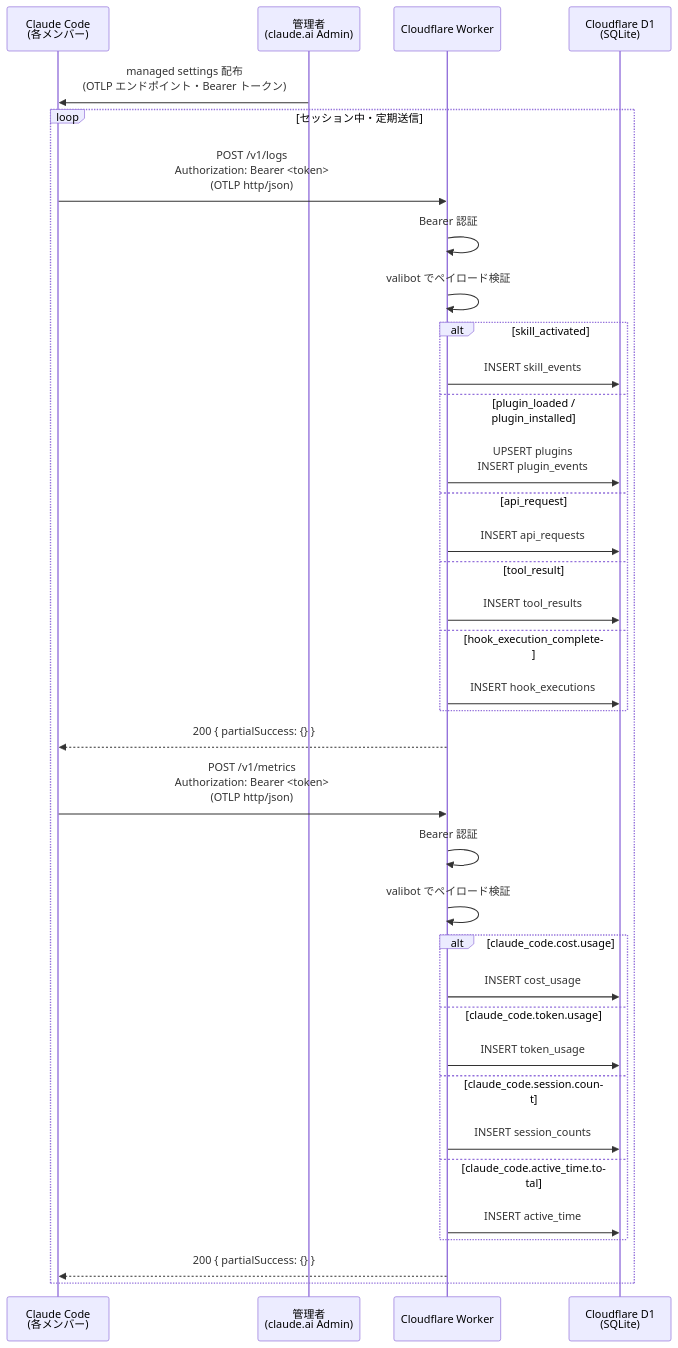
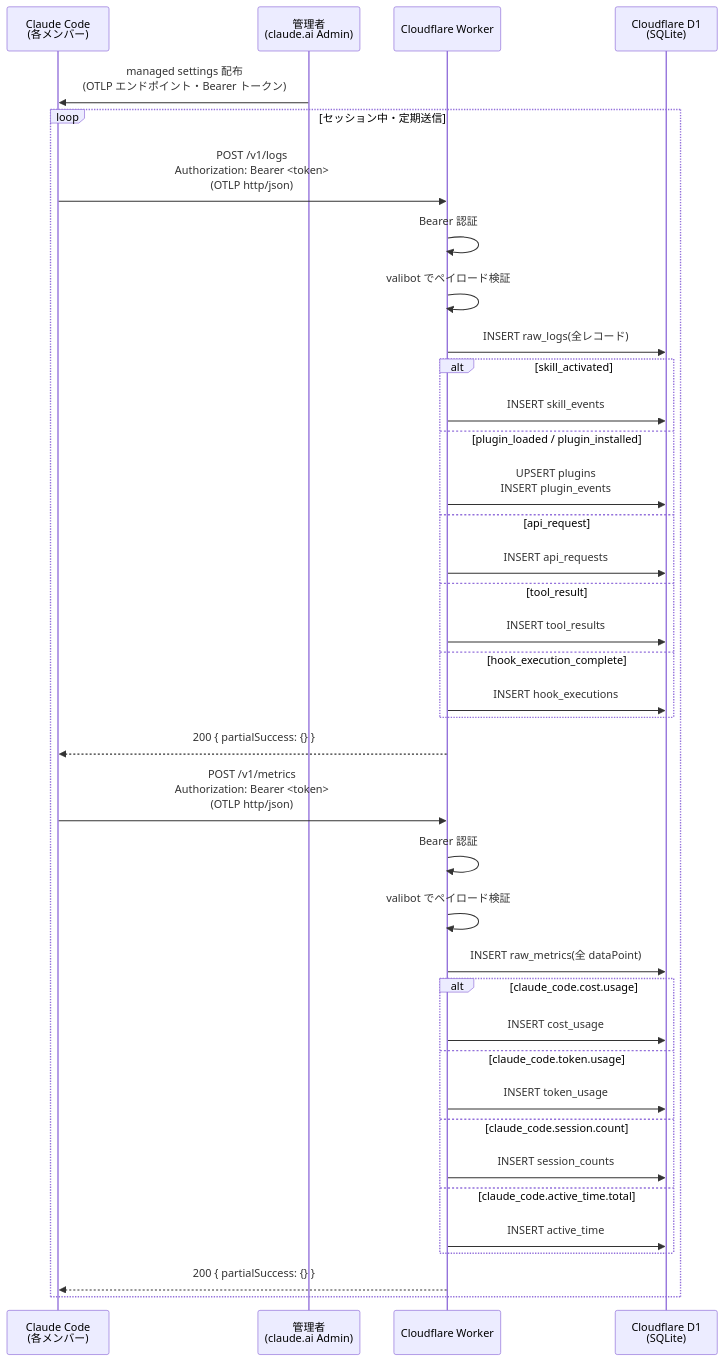
One commit to Suntory-N-Water/cc-monitor-worker changed the first of 2 diagrams in README.md. Above: the diagram before and after it, drawn with Mermaid. The commit also changed other lines of this file and 10 other files, not shown here.

First line of the commit message:
feat: 全テレメトリを raw_logs/raw_metrics に保持し既存テーブルの raw カラムを廃止

````diff
--- a/README.md
+++ b/README.md
@@ -31,41 +33,43 @@
 ```mermaid
 sequenceDiagram
     participant CC as Claude Code<br/>(各メンバー)
     participant Admin as 管理者<br/>(claude.ai Admin)
     participant W as Cloudflare Worker
     participant D1 as Cloudflare D1<br/>(SQLite)
 
     Admin->>CC: managed settings 配布<br/>(OTLP エンドポイント・Bearer トークン)
 
     loop セッション中・定期送信
         CC->>W: POST /v1/logs<br/>Authorization: Bearer <token><br/>(OTLP http/json)
         W->>W: Bearer 認証
         W->>W: valibot でペイロード検証
+        W->>D1: INSERT raw_logs(全レコード)
         alt skill_activated
             W->>D1: INSERT skill_events
         else plugin_loaded / plugin_installed
             W->>D1: UPSERT plugins<br/>INSERT plugin_events
         else api_request
             W->>D1: INSERT api_requests
         else tool_result
             W->>D1: INSERT tool_results
         else hook_execution_complete
             W->>D1: INSERT hook_executions
         end
         W-->>CC: 200 { partialSuccess: {} }
 
         CC->>W: POST /v1/metrics<br/>Authorization: Bearer <token><br/>(OTLP http/json)
         W->>W: Bearer 認証
         W->>W: valibot でペイロード検証
+        W->>D1: INSERT raw_metrics(全 dataPoint)
         alt claude_code.cost.usage
             W->>D1: INSERT cost_usage
         else claude_code.token.usage
             W->>D1: INSERT token_usage
         else claude_code.session.count
             W->>D1: INSERT session_counts
         else claude_code.active_time.total
             W->>D1: INSERT active_time
         end
         W-->>CC: 200 { partialSuccess: {} }
     end
 ```
````
